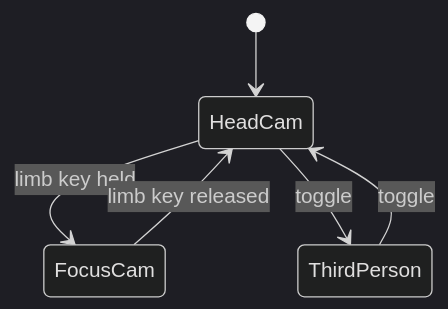
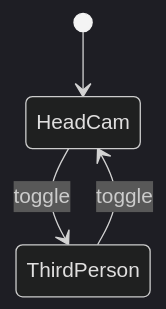
One commit to CJC145/limb-climber changed the third of 4 diagrams in docs/design.md. Above: the diagram before and after it, drawn with Mermaid (dark theme). The commit also changed other lines of this file, not shown here.

````diff
--- a/docs/design.md
+++ b/docs/design.md
@@ -207,8 +215,6 @@
 ```mermaid
 stateDiagram-v2
   [*] --> HeadCam
-  HeadCam --> FocusCam: limb key held
-  FocusCam --> HeadCam: limb key released
   HeadCam --> ThirdPerson: toggle
   ThirdPerson --> HeadCam: toggle
 ```
````
